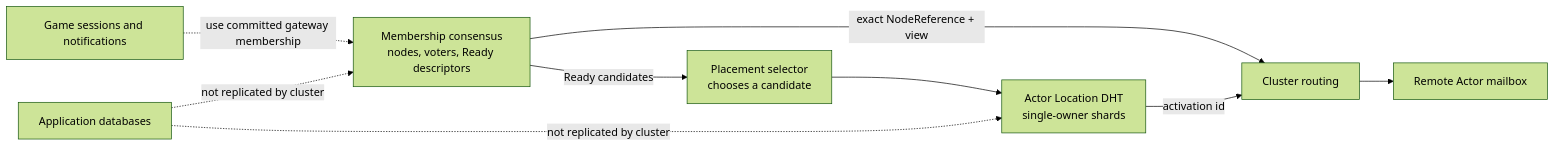
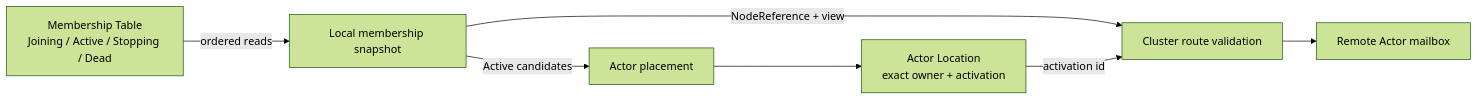
One commit to bruce48x/Lakona changed the first of 5 diagrams in docs/cluster.md. Above: the diagram before and after it, drawn with Mermaid (forest theme). The commit also changed other lines of this file and 130 other files, not shown here.

Commit message:
Replace cluster consensus with membership table

````diff
--- a/docs/cluster.md
+++ b/docs/cluster.md
@@ -17,15 +19,15 @@
 ```mermaid
 flowchart LR
-    M["Membership consensus<br/>nodes, voters, Ready descriptors"]
-    A["Actor Location DHT<br/>single-owner shards"]
+    T["Membership Table<br/>Joining / Active / Stopping / Dead"]
+    M["Local membership snapshot"]
+    P["Actor placement"]
+    A["Actor Location<br/>exact owner + activation"]
+    R["Cluster route validation"]
 
-    P["Placement selector<br/>chooses a candidate"] --> A
-    M -->|"Ready candidates"| P
-    M -->|"exact NodeReference + view"| R["Cluster routing"]
+    T -->|"ordered reads"| M
+    M -->|"Active candidates"| P
+    P --> A
+    M -->|"NodeReference + view"| R
     A -->|"activation id"| R
     R --> B["Remote Actor mailbox"]
-
-    G["Game sessions and notifications"] -.->|"use committed gateway membership"| M
-    D["Application databases"] -.->|"not replicated by cluster"| M
-    D -.->|"not replicated by cluster"| A
 ```
````
